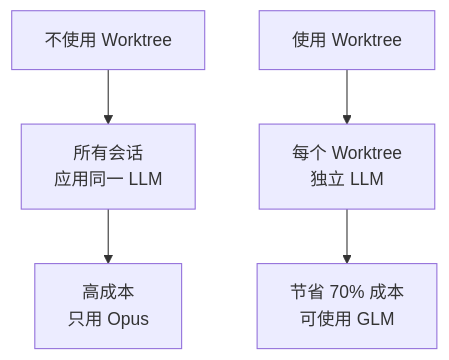
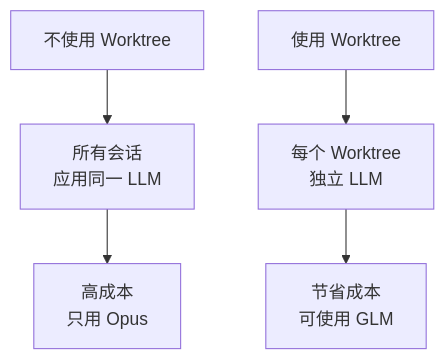
The second of 9 diagrams in docs-site/content/zh/worktree/faq.md (modu-ai/moai-adk), drawn with Mermaid before and after one commit. The commit also changed other lines of this file and 53 other files, not shown here.

````diff
--- a/docs-site/content/zh/worktree/faq.md
+++ b/docs-site/content/zh/worktree/faq.md
@@ -68,8 +68,8 @@
 ```mermaid
 graph TB
     A[不使用 Worktree] --> B[所有会话<br/>应用同一 LLM]
     B --> C[高成本<br/>只用 Opus]
 
     D[使用 Worktree] --> E[每个 Worktree<br/>独立 LLM]
-    E --> F[节省 70% 成本<br/>可使用 GLM]
+    E --> F[节省成本<br/>可使用 GLM]
 ```
````
